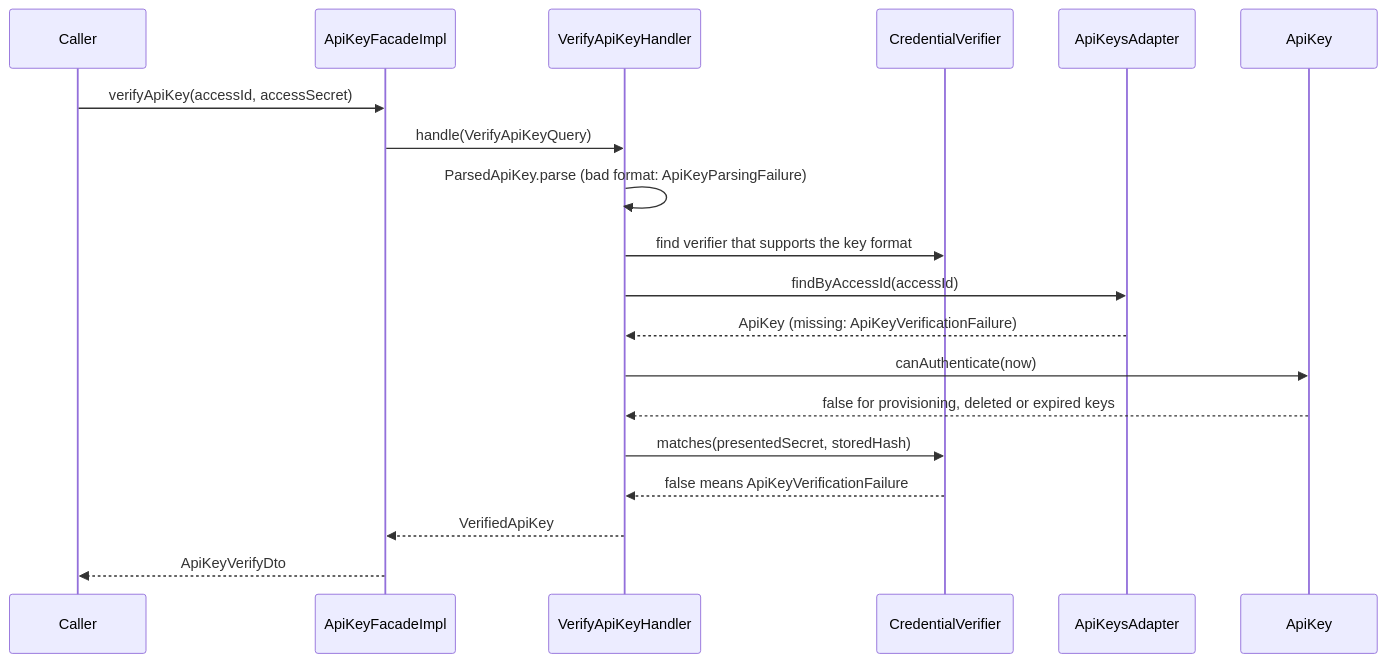
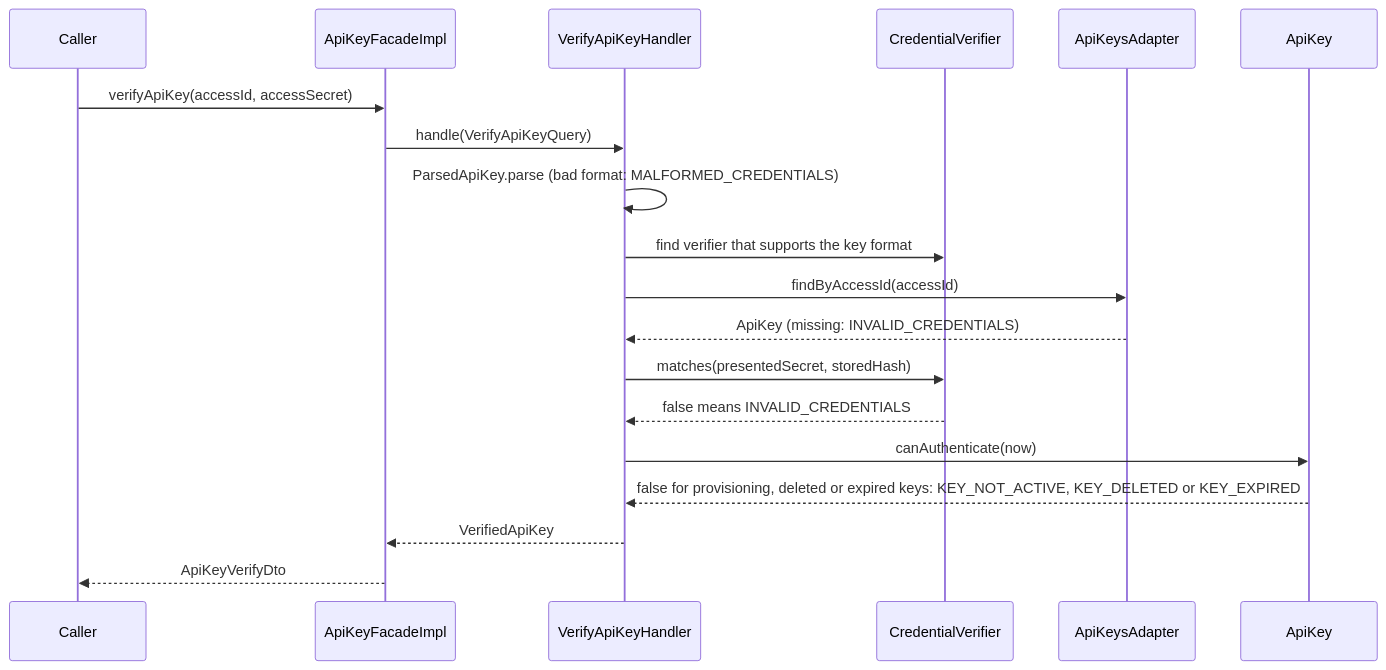
The seventh of 7 diagrams in docs/access-class-structure.md (Dhiren9939/HQ-Tier0), drawn with Mermaid before and after one commit. The commit also changed other lines of this file and 12 other files, not shown here.

````diff
--- a/docs/access-class-structure.md
+++ b/docs/access-class-structure.md
@@ -460,22 +470,22 @@
 ```mermaid
 sequenceDiagram
     participant Caller
     participant F as ApiKeyFacadeImpl
     participant H as VerifyApiKeyHandler
     participant V as CredentialVerifier
     participant Ad as ApiKeysAdapter
     participant Key as ApiKey
 
     Caller->>F: verifyApiKey(accessId, accessSecret)
     F->>H: handle(VerifyApiKeyQuery)
-    H->>H: ParsedApiKey.parse (bad format: ApiKeyParsingFailure)
+    H->>H: ParsedApiKey.parse (bad format: MALFORMED_CREDENTIALS)
     H->>V: find verifier that supports the key format
     H->>Ad: findByAccessId(accessId)
-    Ad-->>H: ApiKey (missing: ApiKeyVerificationFailure)
+    Ad-->>H: ApiKey (missing: INVALID_CREDENTIALS)
+    H->>V: matches(presentedSecret, storedHash)
+    V-->>H: false means INVALID_CREDENTIALS
     H->>Key: canAuthenticate(now)
-    Key-->>H: false for provisioning, deleted or expired keys
-    H->>V: matches(presentedSecret, storedHash)
-    V-->>H: false means ApiKeyVerificationFailure
+    Key-->>H: false for provisioning, deleted or expired keys: KEY_NOT_ACTIVE, KEY_DELETED or KEY_EXPIRED
     H-->>F: VerifiedApiKey
     F-->>Caller: ApiKeyVerifyDto
 ```
````
